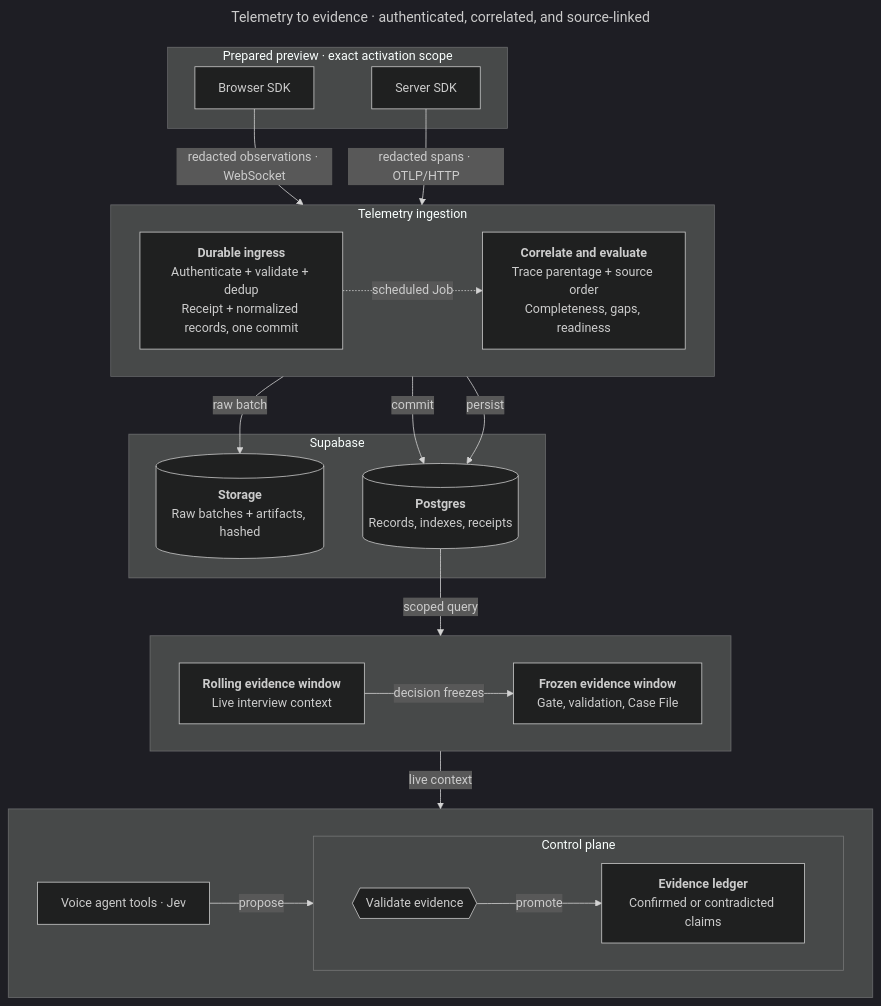
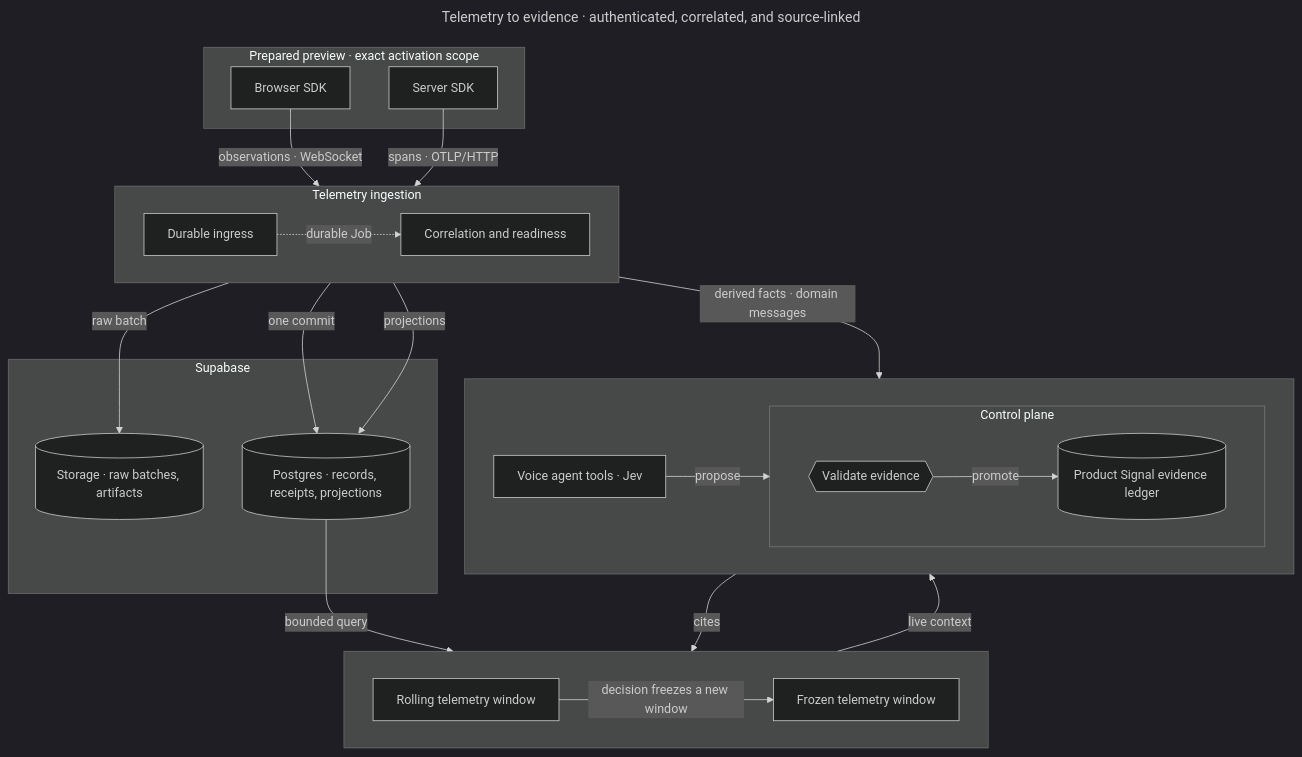
The diagram in docs/diagrams/pele/telemetry-and-evidence.mmd (rithm84/userTrace), drawn with Mermaid (dark theme) before and after one commit. The commit also changed 628 other files, not shown here.

```diff
--- a/docs/diagrams/pele/telemetry-and-evidence.mmd
+++ b/docs/diagrams/pele/telemetry-and-evidence.mmd
@@ -1,52 +1,45 @@
 ---
 title: Telemetry to evidence · authenticated, correlated, and source-linked
 ---
 flowchart TB
   subgraph preview ["Prepared preview · exact activation scope"]
     browser[Browser SDK]:::observation
     server[Server SDK]:::observation
   end
   subgraph ingestion [Telemetry ingestion]
     direction LR
-    ingress["`**Durable ingress**
-    Authenticate + validate + dedup
-    Receipt + normalized records, one commit`"]:::runtime
-    correlate["`**Correlate and evaluate**
-    Trace parentage + source order
-    Completeness, gaps, readiness`"]:::runtime
-    ingress async_1@-.->|scheduled Job| correlate
+    ingress[Durable ingress]:::runtime
+    correlate[Correlation and readiness]:::runtime
+    ingress async_1@-.->|durable Job| correlate
   end
   subgraph supabase [Supabase]
-    storage[("`**Storage**
-    Raw batches + artifacts, hashed`")]:::outcome
-    pg[("`**Postgres**
-    Records, indexes, receipts`")]:::outcome
+    storage[(Storage · raw batches, artifacts)]:::outcome
+    pg[(Postgres · records, receipts, projections)]:::outcome
   end
   subgraph row_windows [" "]
     direction LR
-    rolling["`**Rolling evidence window**
-    Live interview context`"]:::outcome
-    frozen["`**Frozen evidence window**
-    Gate, validation, Case File`"]:::outcome
-    rolling -->|decision freezes| frozen
+    rolling[Rolling telemetry window]:::observation
+    frozen[Frozen telemetry window]:::outcome
+    rolling -->|decision freezes a new window| frozen
   end
   subgraph row_promotion [" "]
     direction LR
     models[Voice agent tools · Jev]:::reasoning
     subgraph control [Control plane]
       direction LR
       check{{Validate evidence}}:::gate
-      ledger["`**Evidence ledger**
-      Confirmed or contradicted claims`"]:::outcome
+      ledger[(Product Signal evidence ledger)]:::outcome
       check -->|promote| ledger
     end
     models -->|propose| check
   end
 
-  browser -->|redacted observations · WebSocket| ingress
-  server -->|redacted spans · OTLP/HTTP| ingress
+  browser -->|observations · WebSocket| ingress
+  server -->|spans · OTLP/HTTP| ingress
   ingress -->|raw batch| storage
-  ingress -->|commit| pg
-  correlate -->|persist| pg
-  pg -->|scoped query| rolling
+  ingress -->|one commit| pg
+  correlate -->|projections| pg
+  pg -->|bounded query| rolling
   rolling -->|live context| models
+  ledger -->|cites| frozen
+  correlate -->|derived facts · domain messages| control
```
